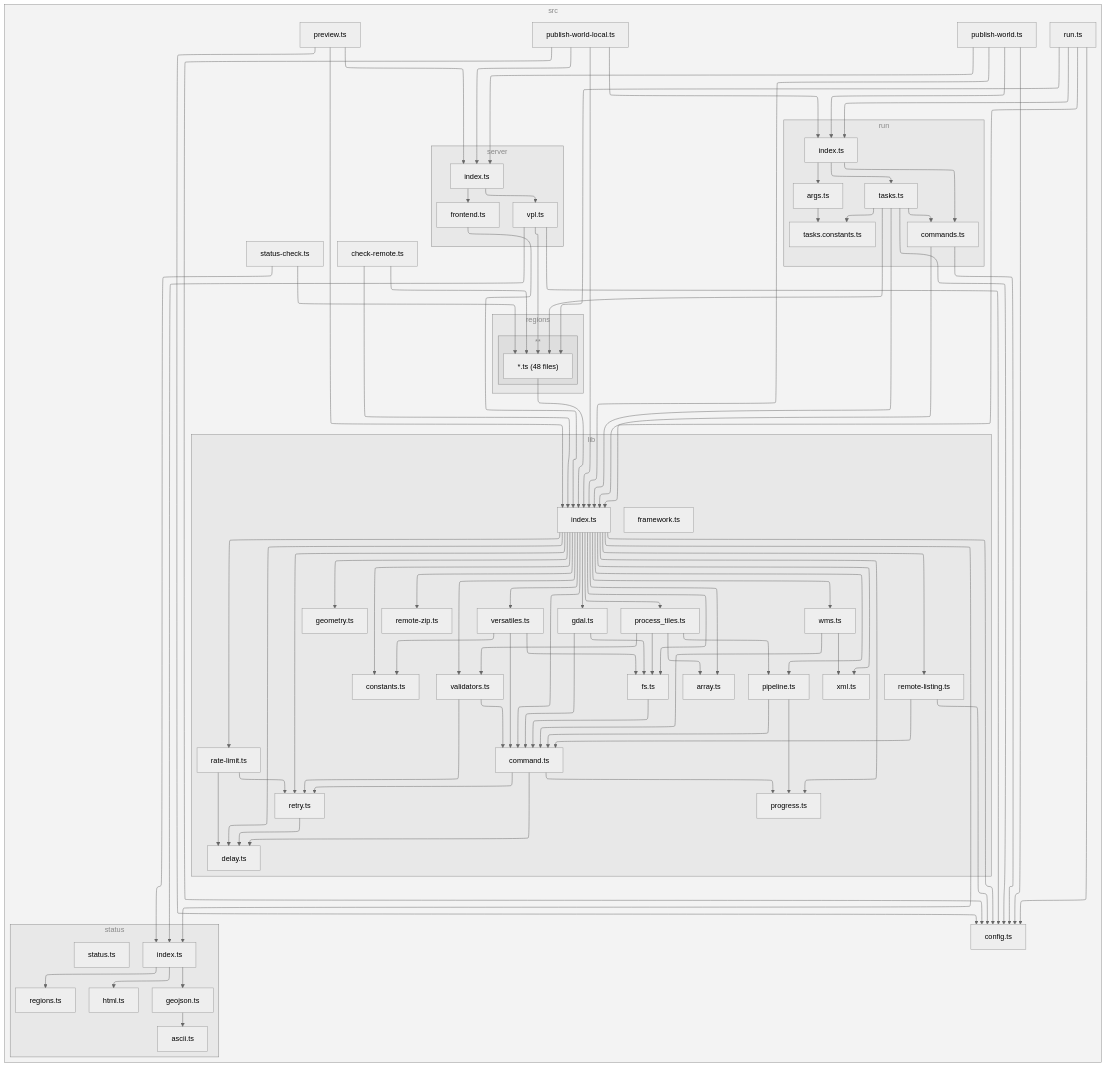
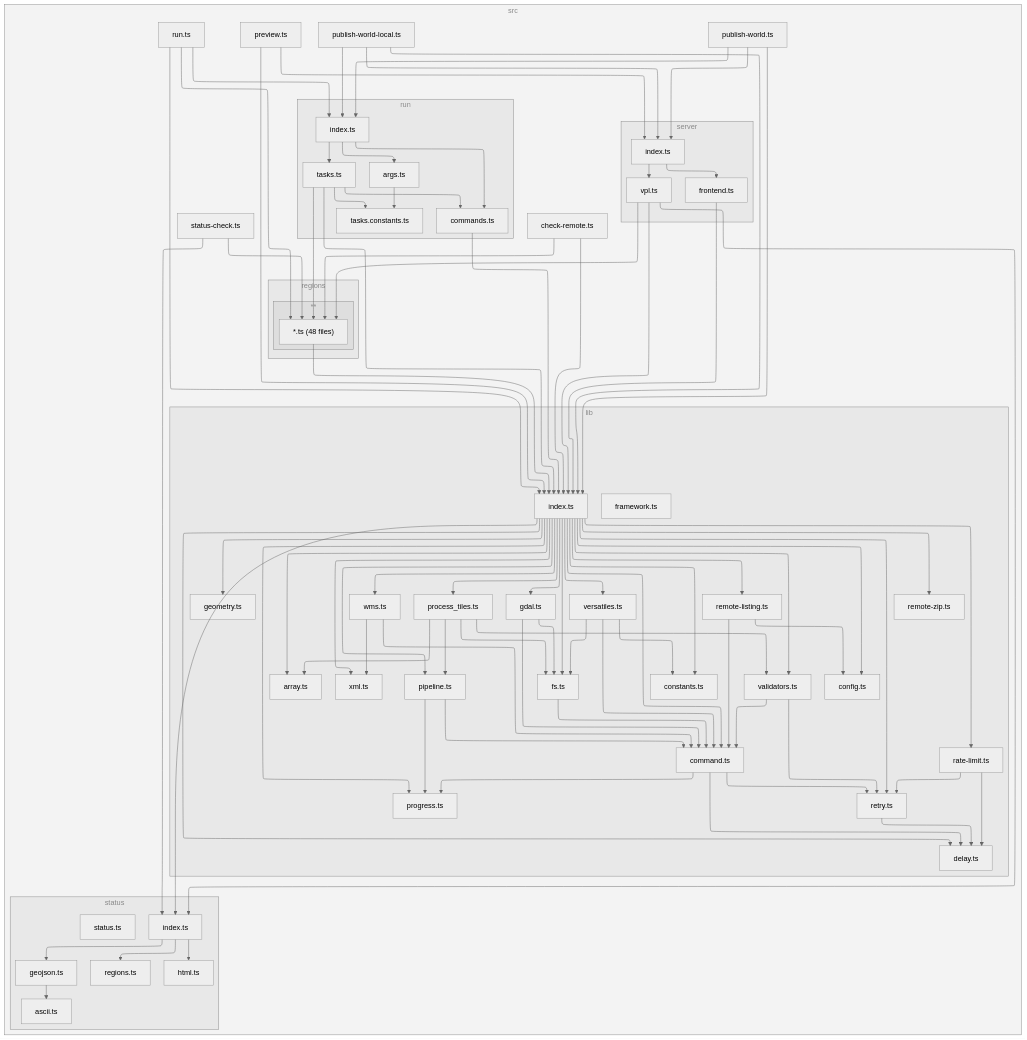
The diagram in README.md (versatiles-org/orthophotos), drawn with Mermaid (neutral theme) before and after one commit. The commit also changed 12 other files, not shown here.

````diff
--- a/README.md
+++ b/README.md
@@ -104,11 +104,12 @@
 1["check-remote.ts"]
 subgraph 2["lib"]
 3["index.ts"]
-B["array.ts"]
-C["command.ts"]
-D["delay.ts"]
-E["progress.ts"]
-F["retry.ts"]
+A["array.ts"]
+B["command.ts"]
+C["delay.ts"]
+D["progress.ts"]
+E["retry.ts"]
+F["config.ts"]
 G["constants.ts"]
 H["fs.ts"]
 I["gdal.ts"]
@@ -124,13 +125,12 @@
 S["xml.ts"]
 W["framework.ts"]
 end
-4["config.ts"]
-subgraph 5["status"]
-6["index.ts"]
-7["geojson.ts"]
-8["ascii.ts"]
-9["html.ts"]
-A["regions.ts"]
+subgraph 4["status"]
+5["index.ts"]
+6["geojson.ts"]
+7["ascii.ts"]
+8["html.ts"]
+9["regions.ts"]
 1C["status.ts"]
 end
 subgraph T["regions"]
@@ -158,65 +158,63 @@
 end
 1-->3
 1-->V
-3-->4
-3-->6
+3-->5
+3-->A
 3-->B
+3-->F
+3-->G
 3-->C
-3-->G
-3-->D
 3-->H
 3-->I
 3-->J
 3-->K
 3-->L
-3-->E
+3-->D
 3-->N
 3-->O
 3-->P
-3-->F
+3-->E
 3-->M
 3-->Q
 3-->R
 3-->S
+5-->6
+5-->8
+5-->9
 6-->7
-6-->9
-6-->A
-7-->8
-C-->D
-C-->E
-C-->F
-F-->D
-H-->C
-I-->C
+B-->C
+B-->D
+B-->E
+E-->C
+H-->B
+I-->B
 I-->H
-K-->C
-K-->E
-L-->B
+K-->B
+K-->D
+L-->A
 L-->H
 L-->K
 L-->M
-M-->C
-M-->F
-N-->D
-N-->F
-O-->4
-O-->C
-Q-->C
+M-->B
+M-->E
+N-->C
+N-->E
+O-->B
+O-->F
+Q-->B
 Q-->G
 Q-->H
-R-->C
+R-->B
 R-->S
 V-->3
-X-->4
 X-->3
 X-->Z
 Z-->10
 Z-->11
 10-->3
-11-->4
+11-->3
 11-->V
-11-->6
-12-->4
+11-->5
 12-->3
 12-->14
 12-->Z
@@ -224,24 +222,20 @@
 14-->17
 14-->18
 15-->16
-17-->4
 17-->3
-18-->4
 18-->3
 18-->V
 18-->17
 18-->16
-19-->4
 19-->3
 19-->14
 19-->Z
-1A-->4
 1A-->3
 1A-->V
 1A-->14
 1B-->V
-1B-->6
+1B-->5
 
-class 0,2,5,T,U,Y,13 subgraphs;
+class 0,2,4,T,U,Y,13 subgraphs;
 classDef subgraphs fill-opacity:0.1, fill:#888, color:#888, stroke:#888;
 ```
````
